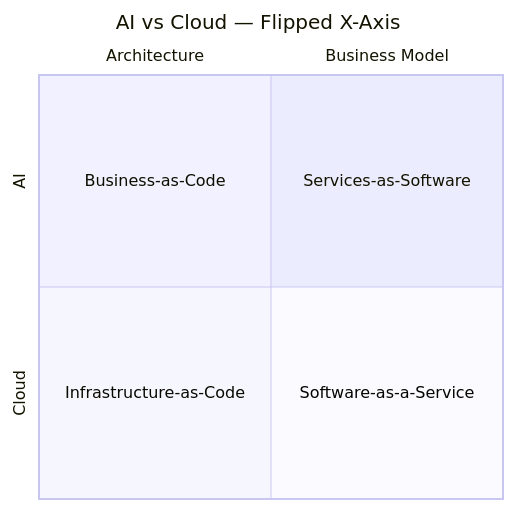
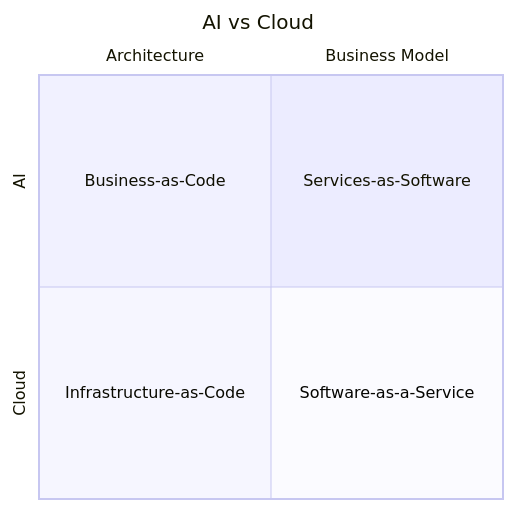
Before and after one commit to nathanclevenger/services-as-software: the diagram in README.md, drawn with Mermaid.

````diff
--- a/README.md
+++ b/README.md
@@ -21,11 +21,11 @@
 ```mermaid
 quadrantChart
-    title AI vs Cloud — Flipped X-Axis
+    title AI vs Cloud
     x-axis Architecture --> Business Model
     y-axis Cloud --> AI
 
     quadrant-1 Services-as-Software
     quadrant-2 Business-as-Code
     quadrant-3 Infrastructure-as-Code
     quadrant-4 Software-as-a-Service
 ```
````
